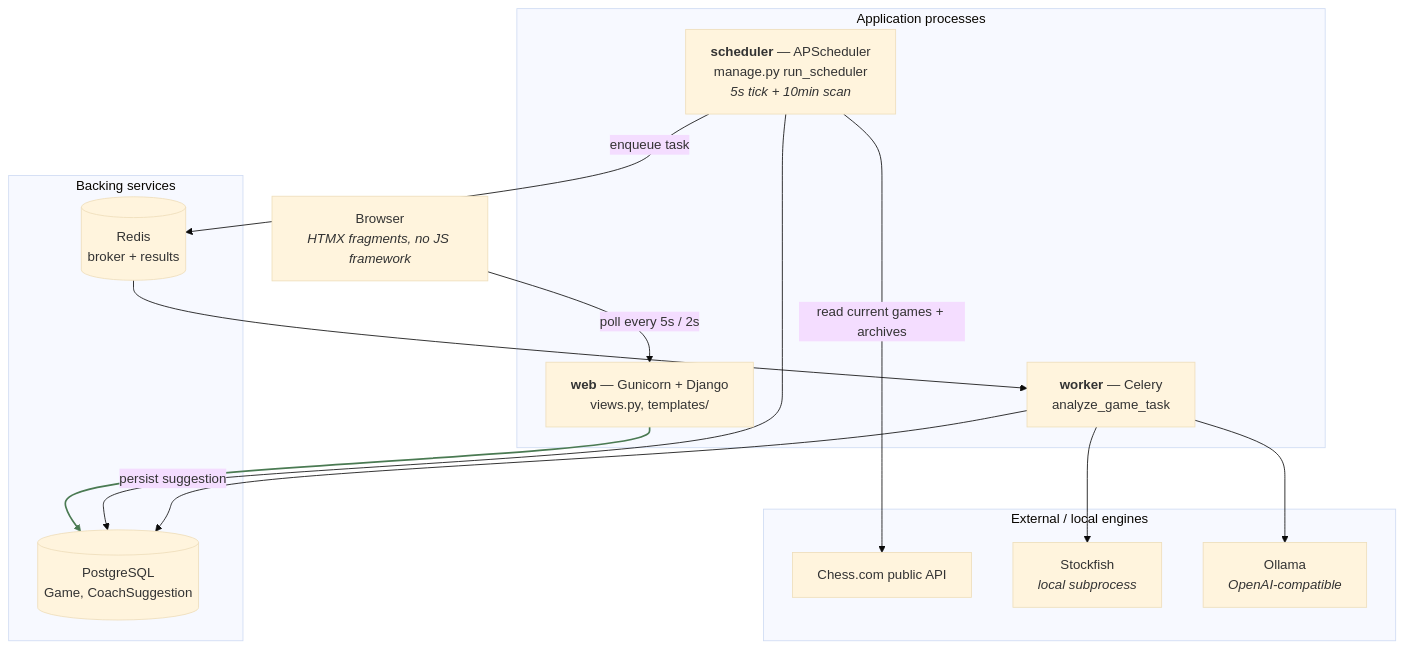
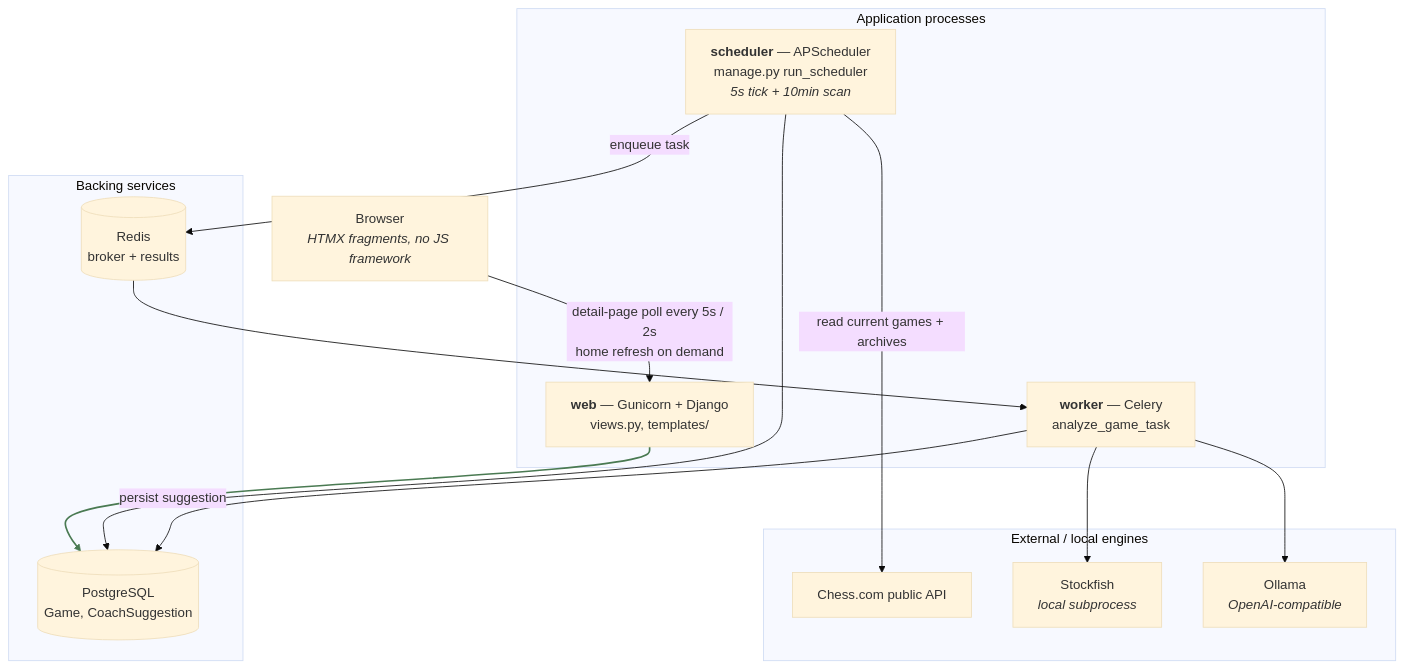
One commit to gab-25/chessdotcom_ai_coach changed the first of 2 diagrams in docs/architecture.md. Above: the diagram before and after it, drawn with Mermaid (base theme). The commit also changed other lines of this file and 10 other files, not shown here.

Commit message:
Refresh the home page when you ask it to, not every 5 seconds (#45)

````diff
--- a/docs/architecture.md
+++ b/docs/architecture.md
@@ -14,33 +14,33 @@
 ```mermaid
 graph TD
     Browser["Browser<br/><i>HTMX fragments, no JS framework</i>"]
 
     subgraph app["Application processes"]
         Web["<b>web</b> — Gunicorn + Django<br/>views.py, templates/"]
         Sched["<b>scheduler</b> — APScheduler<br/>manage.py run_scheduler<br/><i>5s tick + 10min scan</i>"]
         Worker["<b>worker</b> — Celery<br/>analyze_game_task"]
     end
 
     subgraph infra["Backing services"]
         PG[("PostgreSQL<br/>Game, CoachSuggestion")]
         Redis[("Redis<br/>broker + results")]
     end
 
     subgraph ext["External / local engines"]
         ChessCom["Chess.com public API"]
         SF["Stockfish<br/><i>local subprocess</i>"]
         LLM["Ollama<br/><i>OpenAI-compatible</i>"]
     end
 
-    Browser -->|"poll every 5s / 2s"| Web
+    Browser -->|"detail-page poll every 5s / 2s<br/>home refresh on demand"| Web
     Web --> PG
     Sched -->|"read current games + archives"| ChessCom
     Sched --> PG
     Sched -->|"enqueue task"| Redis
     Redis --> Worker
     Worker --> SF
     Worker --> LLM
     Worker -->|"persist suggestion"| PG
 
     linkStyle 1 stroke:#4a7a52,stroke-width:2px
 ```
````
